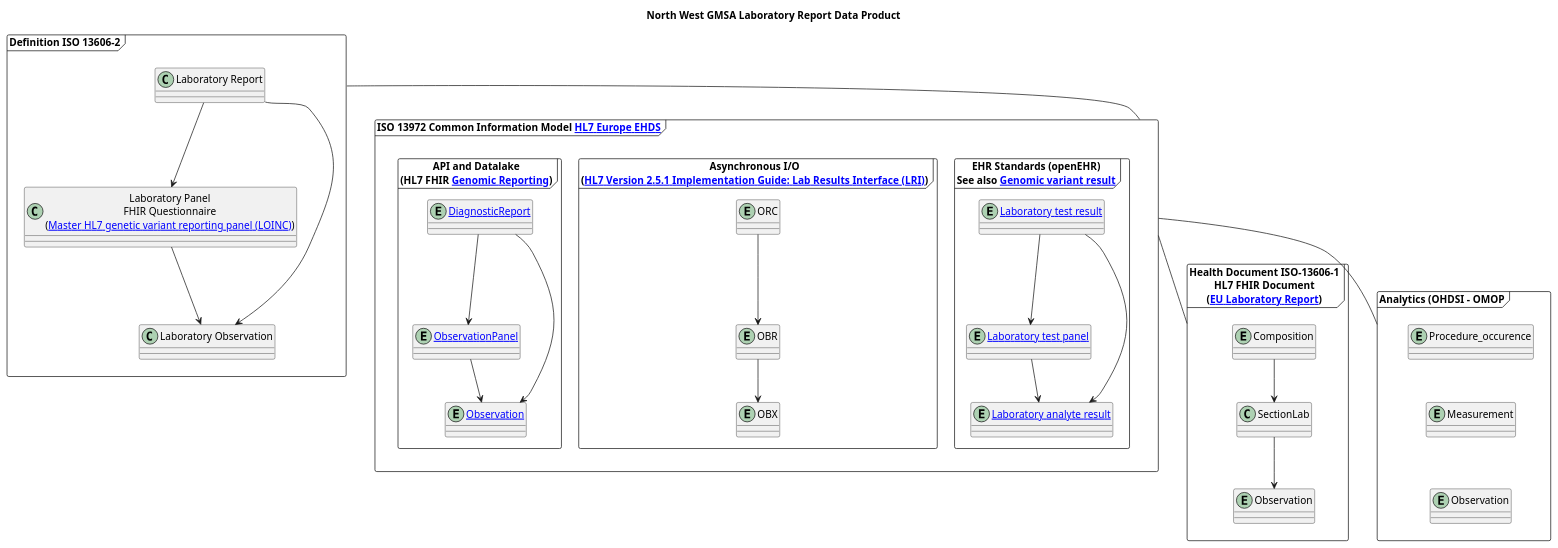
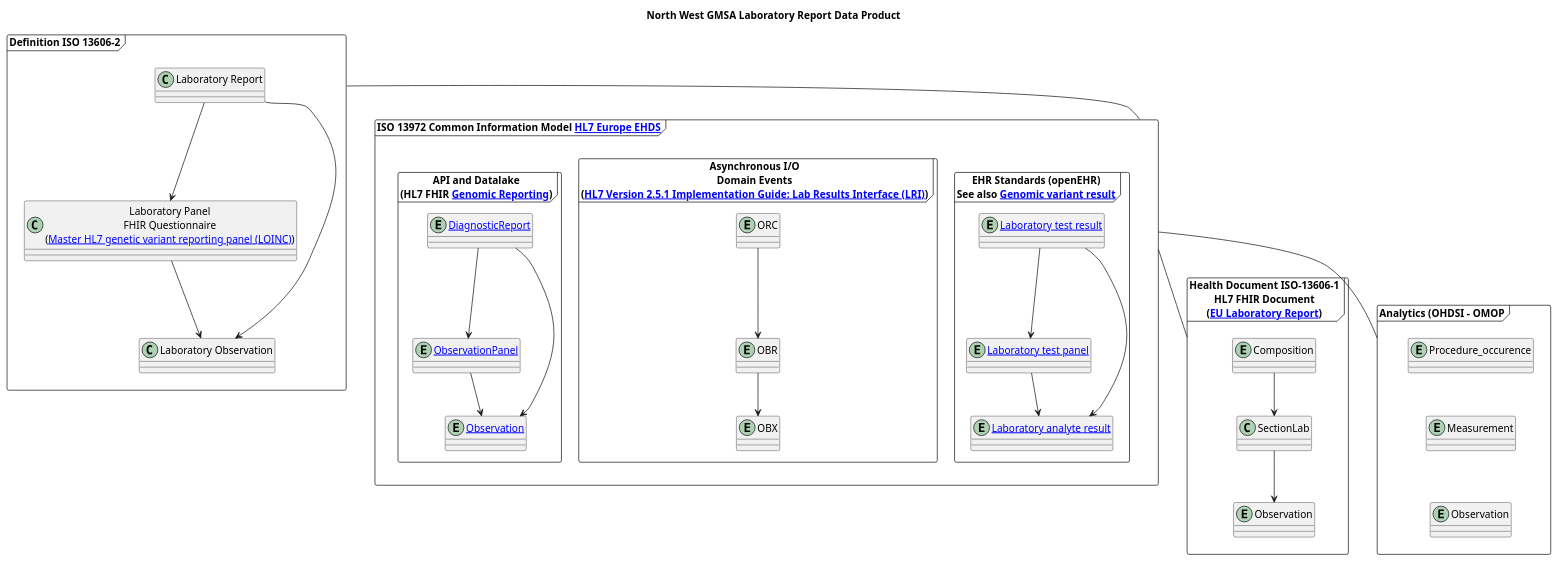
Before and after one commit to nw-gmsa/nw-gmsa.github.com: the diagram in input/images-source/LaboratoryReportDataProduct.plantuml, drawn with PlantUML.

Commit message:
First draft of LabReport Data Product

```diff
--- a/input/images-source/LaboratoryReportDataProduct.plantuml
+++ b/input/images-source/LaboratoryReportDataProduct.plantuml
@@ -1,76 +1,79 @@
 @startuml
+
+skinparam svgDimensionStyle false
 
 title "North West GMSA Laboratory Report Data Product"
 
 frame "Definition ISO 13606-2" as iso136062 {
 
   class "Laboratory Report" as LaboratoryReport {
   }
 
   class "Laboratory Panel\nFHIR Questionnaire\n([[https://nw-gmsa.github.io/R4/Questionnaire-81247-9.html Master HL7 genetic variant reporting panel (LOINC)]])" as LaboratoryPanel
 
   class "Laboratory Observation" as LaboratoryObservation
 
   LaboratoryReport --> LaboratoryPanel
   LaboratoryReport --> LaboratoryObservation
   LaboratoryPanel --> LaboratoryObservation
 }
+
 frame "ISO 13972 Common Information Model [[https://hl7europe.org/standards/ehds/ HL7 Europe EHDS]]" as iso13972 {
 
   frame "EHR Standards (openEHR)\nSee also [[https://ckm.openehr.org/ckm/archetypes/1013.1.3759 Genomic variant result]]" as openEHR {
     entity "[[https://ckm.openehr.org/ckm/archetypes/1013.1.2191 Laboratory test result]]" as openEHRLaboratoryReport
     entity "[[https://ckm.openehr.org/ckm/archetypes/1013.1.2192 Laboratory test panel]]" as openEHRLaboratoryPanel
     entity "[[https://ckm.openehr.org/ckm/archetypes/1013.1.2881 Laboratory analyte result]]" as openEHRLaboratoryAnalyte
 
     openEHRLaboratoryReport --> openEHRLaboratoryPanel
     openEHRLaboratoryReport --> openEHRLaboratoryAnalyte
     openEHRLaboratoryPanel --> openEHRLaboratoryAnalyte
 
   }
 
-  frame "Asynchronous I/O\n([[https://confluence.hl7.org/download/attachments/25559919/2018%2004%2003%20-%20V2%20LRI%20-%20Ch.%205%20CG%20and%20Code%20System%20Tables.pdf?api=v2 HL7 Version 2.5.1 Implementation Guide: Lab Results Interface (LRI)]])" as HL7v2 {
+  frame "Asynchronous I/O\nDomain Events\n([[https://confluence.hl7.org/download/attachments/25559919/2018%2004%2003%20-%20V2%20LRI%20-%20Ch.%205%20CG%20and%20Code%20System%20Tables.pdf?api=v2 HL7 Version 2.5.1 Implementation Guide: Lab Results Interface (LRI)]])" as HL7v2 {
     entity ORC
     entity OBR
     entity OBX
 
     ORC --> OBR
     OBR --> OBX
 
   }
 
   frame "API and Datalake\n(HL7 FHIR [[https://build.fhir.org/ig/HL7/genomics-reporting/index.html Genomic Reporting]])" as FHR {
     entity "[[DiagnosticReport]]" as DiagnosticReport
     entity "[[StructureDefinition-Observation-Panel.html ObservationPanel]]" as ObservationPanel
     entity "[[Observation]]" as Observation
 
     DiagnosticReport --> ObservationPanel
     DiagnosticReport --> Observation
     ObservationPanel --> Observation
 
   }
 }
 
 frame "Health Document ISO-13606-1\nHL7 FHIR Document\n([[https://build.fhir.org/ig/hl7-eu/laboratory/ EU Laboratory Report]])" as iso136061 {
     entity Composition
     class SectionLab
     entity Observation
 
     Composition --> SectionLab
     SectionLab --> Observation
 }
 
 frame "Analytics (OHDSI - OMOP" as Analytics {
     entity Procedure_occurence
     entity Measurement
     entity "Observation" as OMOPObservation
 
     Procedure_occurence -d[hidden]- Measurement
     Measurement -d[hidden]- OMOPObservation
 }
 
 iso136062 -d- iso13972
 iso13972 -d- iso136061
 iso13972 -d- Analytics
 
 
 @enduml
```
